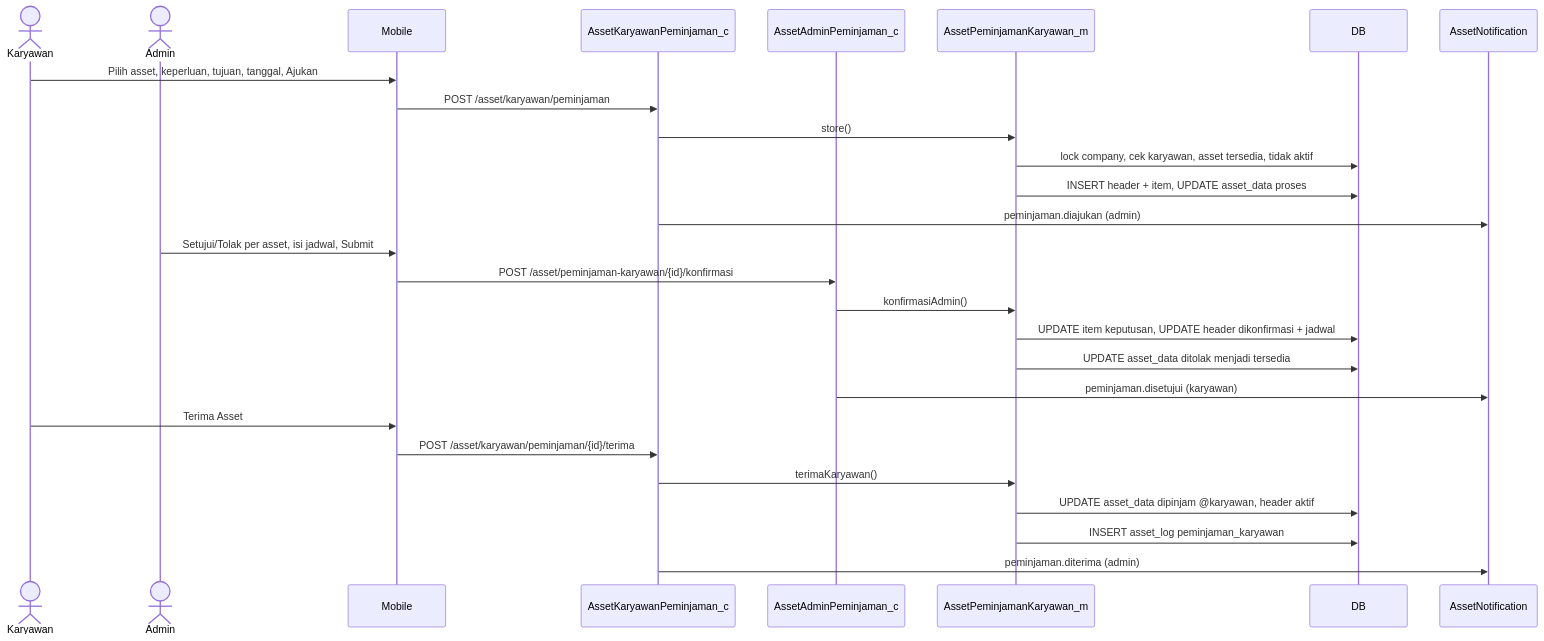
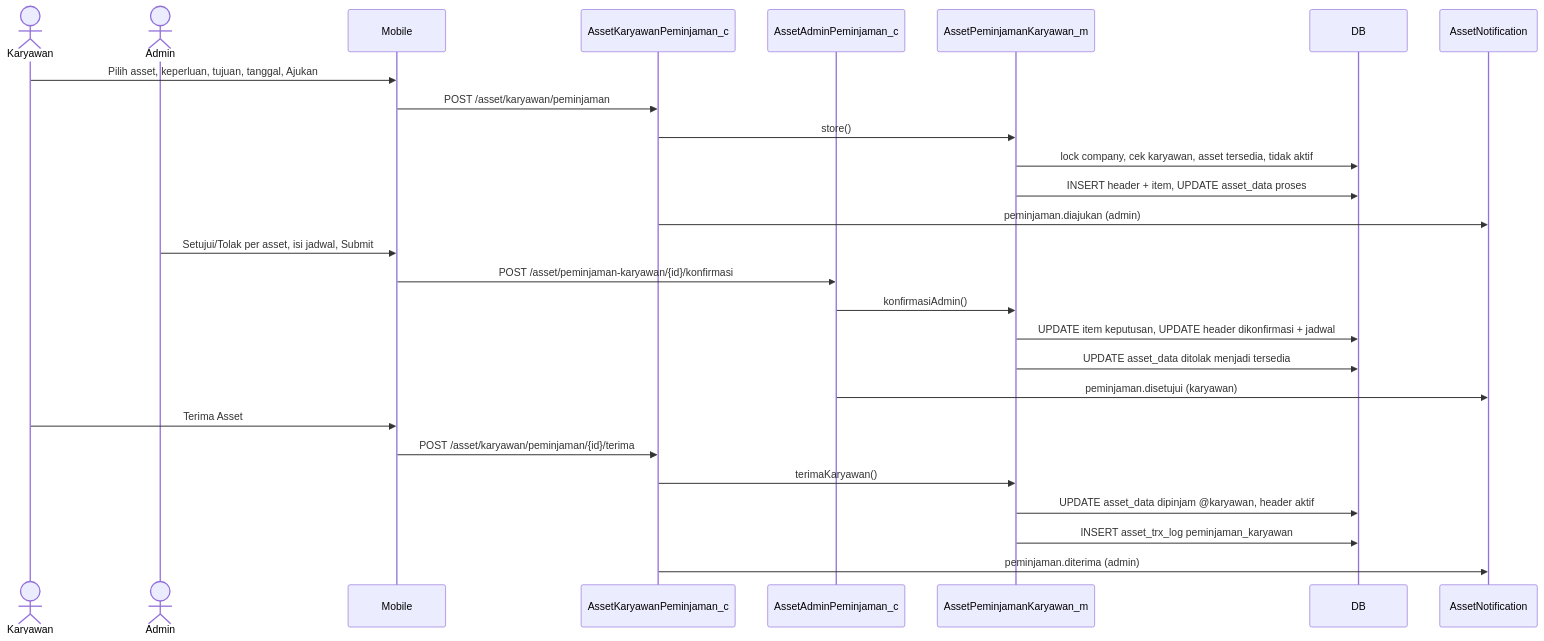
The second of 5 diagrams in dokumentasi-asset-peminjaman-karyawan.md (setiyawan12/DOKUMENTASI-ASSET), drawn with Mermaid before and after one commit. The commit also changed other lines of this file and 34 other files, not shown here.

````diff
--- a/dokumentasi-asset-peminjaman-karyawan.md
+++ b/dokumentasi-asset-peminjaman-karyawan.md
@@ -280,30 +280,30 @@
 ```mermaid
 sequenceDiagram
     actor K as Karyawan
     actor A as Admin
     participant M as Mobile
     participant CK as AssetKaryawanPeminjaman_c
     participant CA as AssetAdminPeminjaman_c
     participant P as AssetPeminjamanKaryawan_m
     participant DB
     participant N as AssetNotification
 
     K->>M: Pilih asset, keperluan, tujuan, tanggal, Ajukan
     M->>CK: POST /asset/karyawan/peminjaman
     CK->>P: store()
     P->>DB: lock company, cek karyawan, asset tersedia, tidak aktif
     P->>DB: INSERT header + item, UPDATE asset_data proses
     CK->>N: peminjaman.diajukan (admin)
     A->>M: Setujui/Tolak per asset, isi jadwal, Submit
     M->>CA: POST /asset/peminjaman-karyawan/{id}/konfirmasi
     CA->>P: konfirmasiAdmin()
     P->>DB: UPDATE item keputusan, UPDATE header dikonfirmasi + jadwal
     P->>DB: UPDATE asset_data ditolak menjadi tersedia
     CA->>N: peminjaman.disetujui (karyawan)
     K->>M: Terima Asset
     M->>CK: POST /asset/karyawan/peminjaman/{id}/terima
     CK->>P: terimaKaryawan()
     P->>DB: UPDATE asset_data dipinjam @karyawan, header aktif
-    P->>DB: INSERT asset_log peminjaman_karyawan
+    P->>DB: INSERT asset_trx_log peminjaman_karyawan
     CK->>N: peminjaman.diterima (admin)
 ```
````
